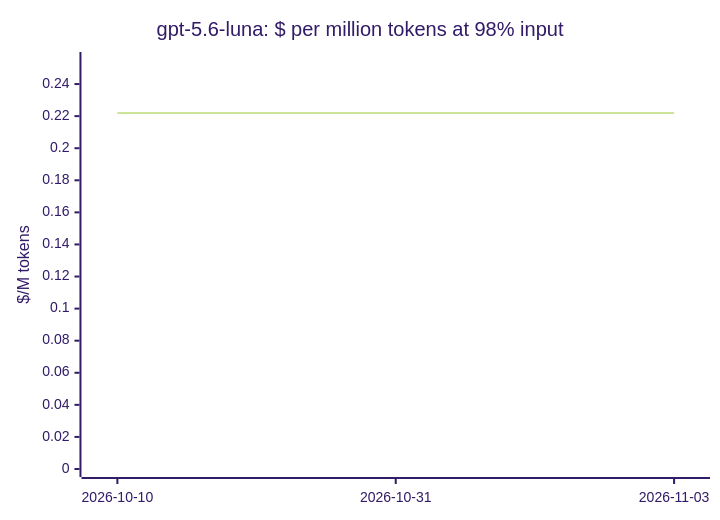
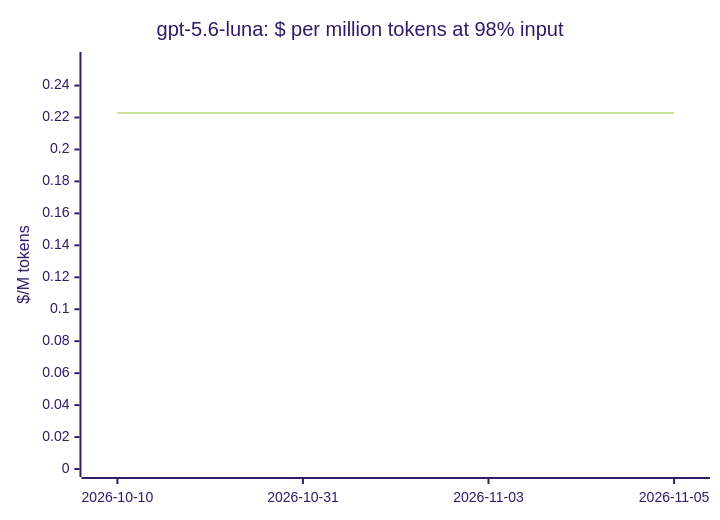
One commit to cklukas/OMEGA_TRANSFORM changed diagram 13 of 20 in docs/openrouter-models.md. Above: the diagram before and after it, drawn with Mermaid (forest theme). The commit also changed other lines of this file and 291 other files, not shown here.

````diff
--- a/docs/openrouter-models.md
+++ b/docs/openrouter-models.md
@@ -248,7 +251,7 @@
 ```mermaid
 xychart-beta
     title "gpt-5.6-luna: $ per million tokens at 98% input"
-    x-axis ["2026-10-10", "2026-10-31", "2026-11-03"]
-    y-axis "$/M tokens" 0 --> 0.255
-    line [0.222, 0.222, 0.222]
+    x-axis ["2026-10-10", "2026-10-31", "2026-11-03", "2026-11-05"]
+    y-axis "$/M tokens" 0 --> 0.256
+    line [0.2229, 0.2229, 0.2229, 0.2229]
 ```
````
